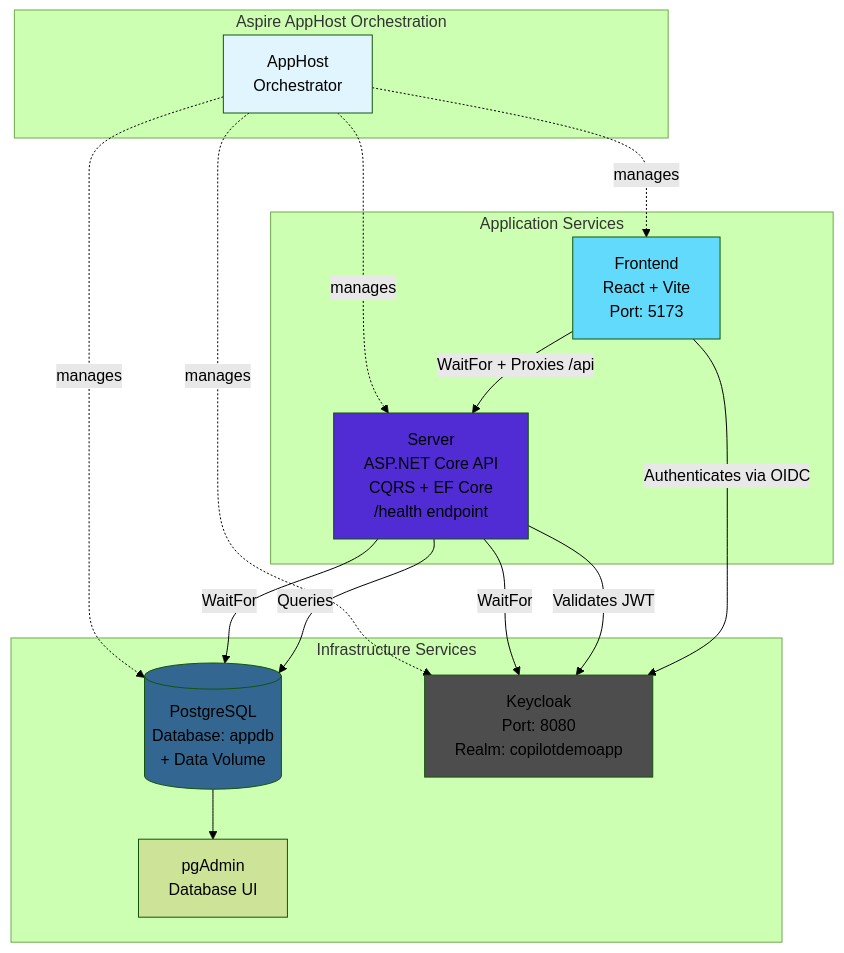
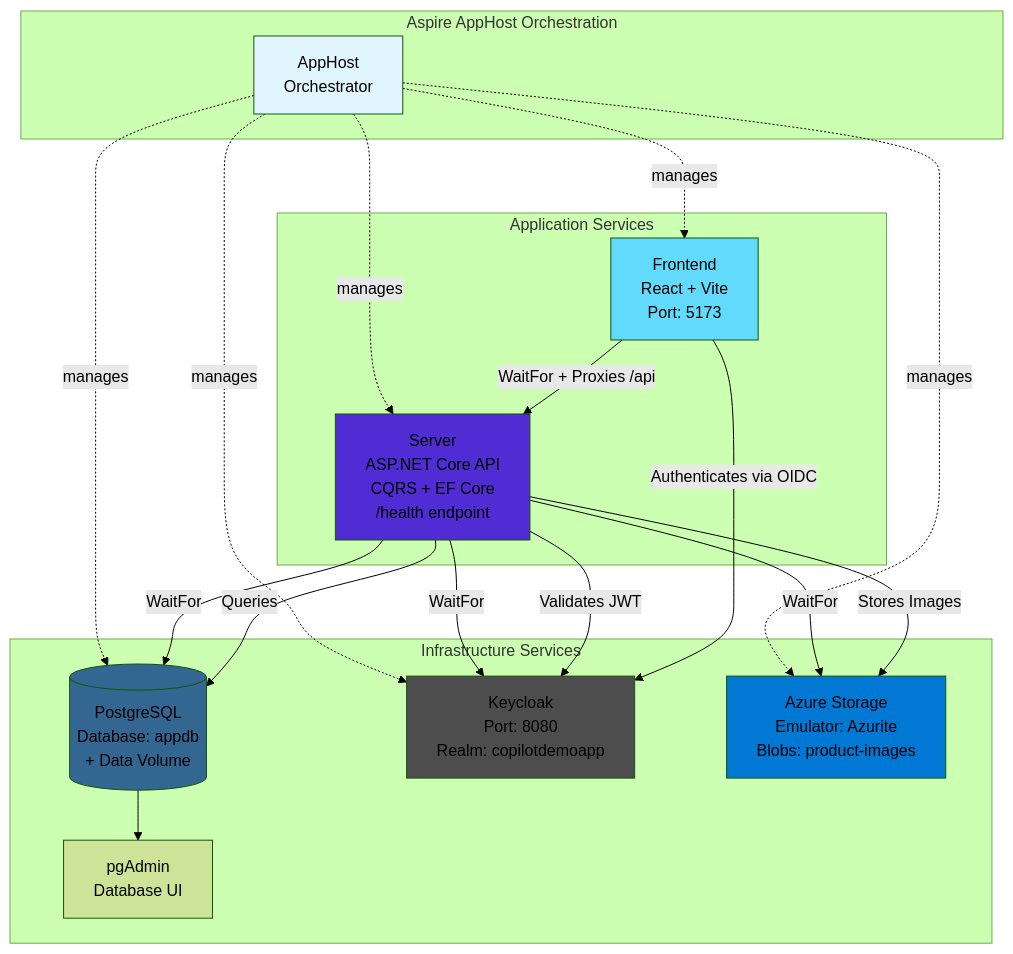
One commit to ChrisDusyk/AspireStoreDemo changed the diagram in README.md. Above: the diagram before and after it, drawn with Mermaid (forest theme). The commit also changed other lines of this file, not shown here.

````diff
--- a/README.md
+++ b/README.md
@@ -9,36 +9,41 @@
 ```mermaid
 graph TB
     subgraph "Aspire AppHost Orchestration"
         AppHost[AppHost<br/>Orchestrator]
     end
 
     subgraph "Infrastructure Services"
         PG[(PostgreSQL<br/>Database: appdb<br/>+ Data Volume)]
         KC[Keycloak<br/>Port: 8080<br/>Realm: copilotdemoapp]
         PGA[pgAdmin<br/>Database UI]
+        AZ[Azure Storage<br/>Emulator: Azurite<br/>Blobs: product-images]
     end
 
     subgraph "Application Services"
         API[Server<br/>ASP.NET Core API<br/>CQRS + EF Core<br/>/health endpoint]
         FE[Frontend<br/>React + Vite<br/>Port: 5173]
     end
 
     AppHost -.manages.-> PG
     AppHost -.manages.-> KC
+    AppHost -.manages.-> AZ
     AppHost -.manages.-> API
     AppHost -.manages.-> FE
 
     PG --> PGA
     API -->|WaitFor| PG
     API -->|WaitFor| KC
+    API -->|WaitFor| AZ
     API -->|Validates JWT| KC
+    API -->|Stores Images| AZ
     FE -->|WaitFor + Proxies /api| API
     FE -->|Authenticates via OIDC| KC
     API -->|Queries| PG
 
     style AppHost fill:#e1f5ff
     style PG fill:#336791
     style KC fill:#4d4d4d
+    style AZ fill:#0078d4
     style API fill:#512bd4
     style FE fill:#61dafb
 ```
````
